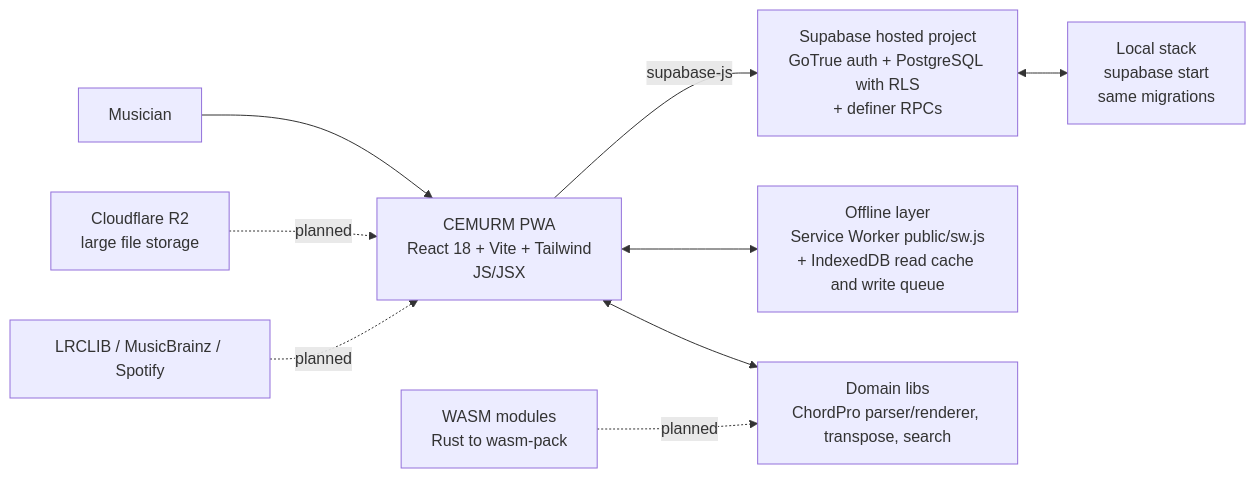
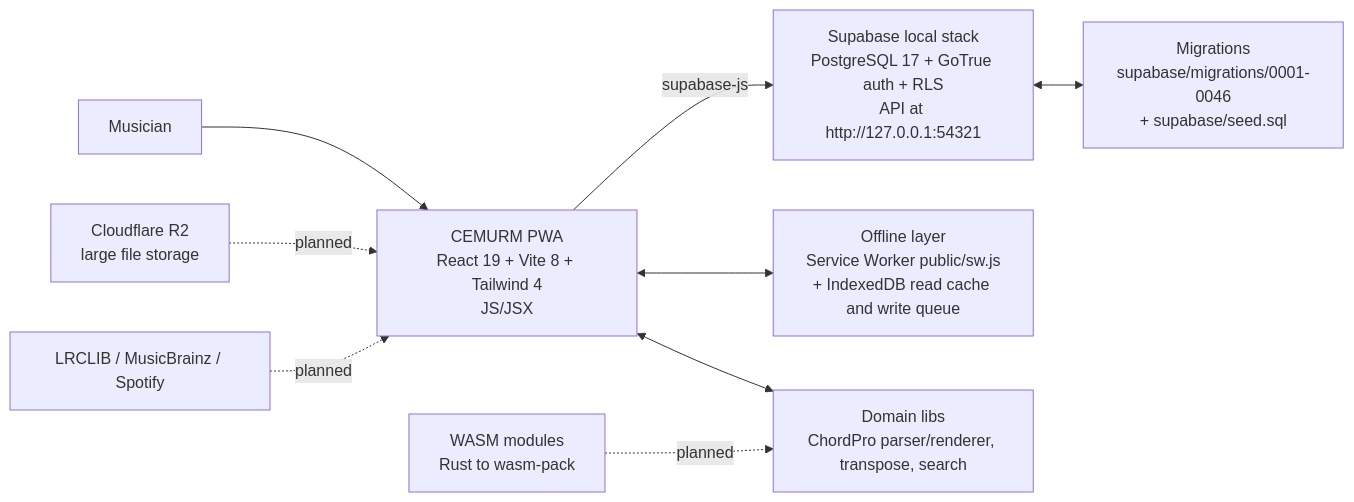
The diagram in docs/technical-spec.md (davidjesus516/cemurm), drawn with Mermaid before and after one commit. The commit also changed other lines of this file and 4 other files, not shown here.

````diff
--- a/docs/technical-spec.md
+++ b/docs/technical-spec.md
@@ -9,11 +9,11 @@
 ```mermaid
 flowchart LR
-    Musician["Musician"] --> PWA["CEMURM PWA<br/>React 18 + Vite + Tailwind<br/>JS/JSX"]
-    PWA -->|supabase-js| Hosted["Supabase hosted project<br/>GoTrue auth + PostgreSQL with RLS<br/>+ definer RPCs"]
+    Musician["Musician"] --> PWA["CEMURM PWA<br/>React 19 + Vite 8 + Tailwind 4<br/>JS/JSX"]
+    PWA -->|supabase-js| Local["Supabase local stack<br/>PostgreSQL 17 + GoTrue auth + RLS<br/>API at http://127.0.0.1:54321"]
     PWA <--> Offline["Offline layer<br/>Service Worker public/sw.js<br/>+ IndexedDB read cache and write queue"]
     PWA <--> DomainLibs["Domain libs<br/>ChordPro parser/renderer, transpose, search"]
-    Hosted <--> Local["Local stack<br/>supabase start<br/>same migrations"]
+    Local <--> Migrations["Migrations<br/>supabase/migrations/0001-0046<br/>+ supabase/seed.sql"]
     R2["Cloudflare R2<br/>large file storage"] -. planned .-> PWA
     ExtApis["LRCLIB / MusicBrainz / Spotify"] -. planned .-> PWA
     Wasm["WASM modules<br/>Rust to wasm-pack"] -. planned .-> DomainLibs
 ```
````
